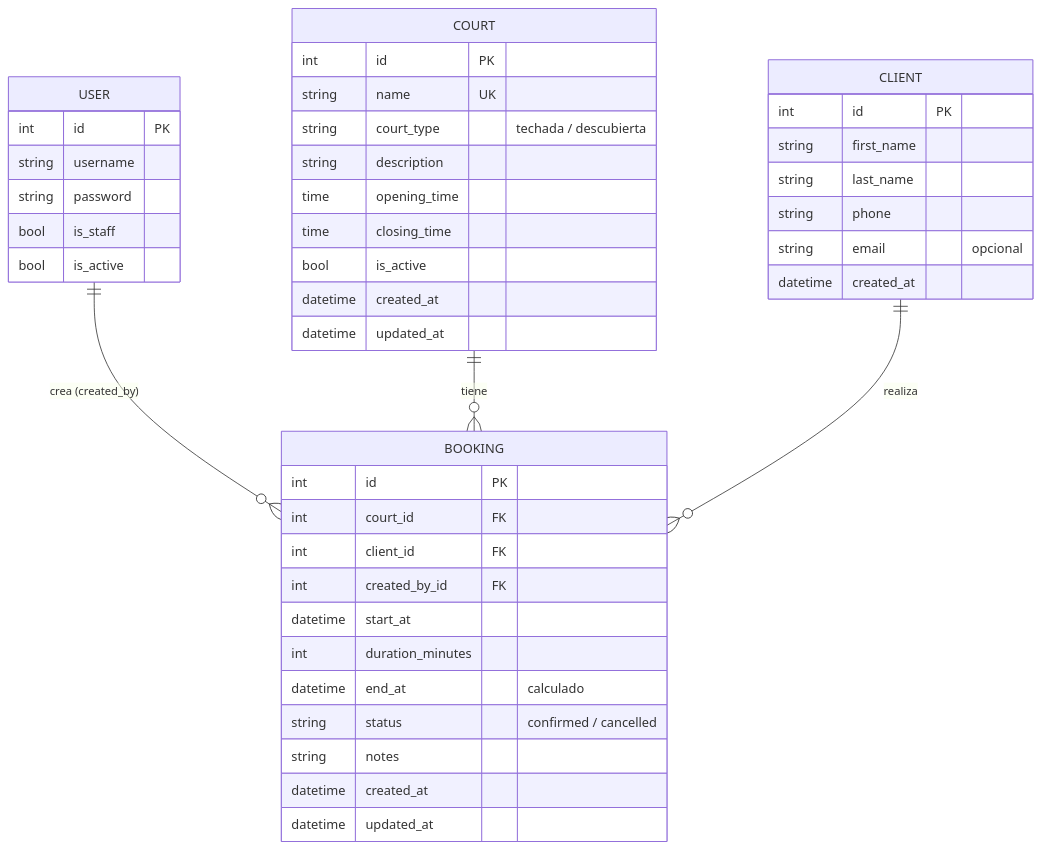
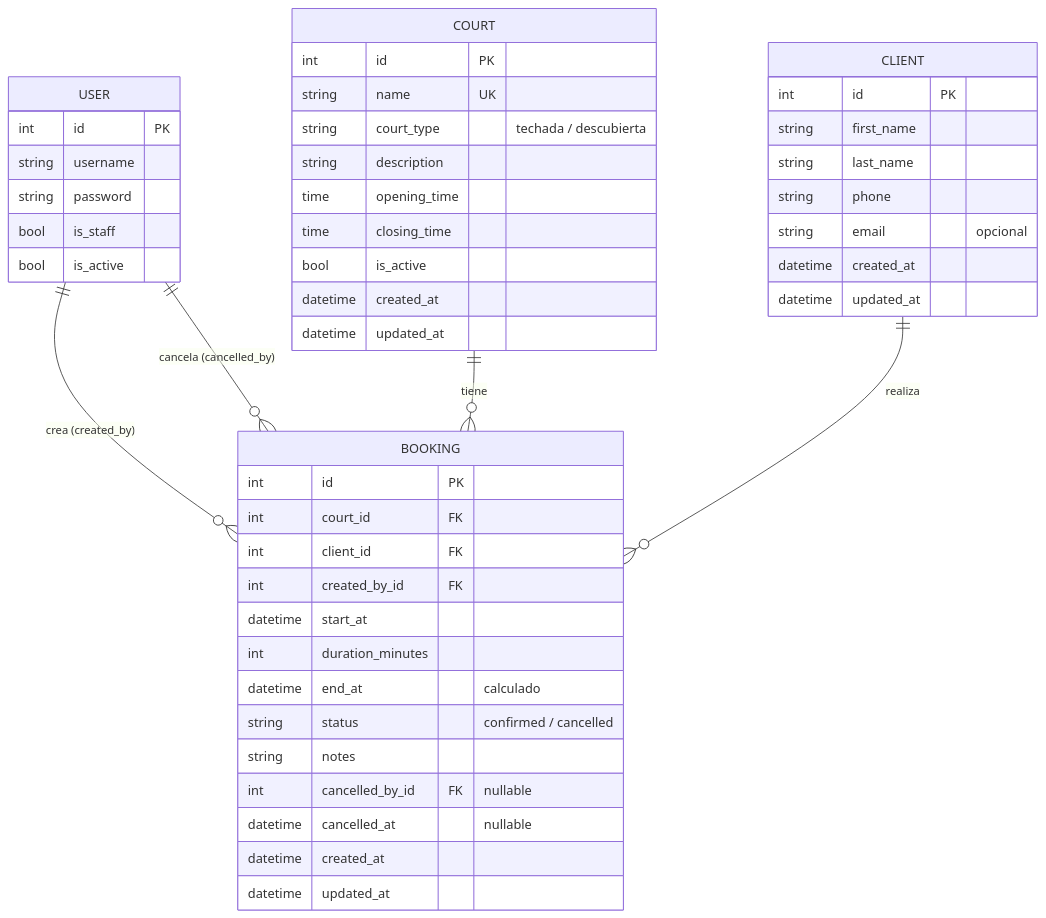
Before and after one commit to stefudemi/total-control: the diagram in docs/MODELO_DATOS.md, drawn with Mermaid. The commit also changed other lines of this file and 4 other files, not shown here.

````diff
--- a/docs/MODELO_DATOS.md
+++ b/docs/MODELO_DATOS.md
@@ -5,46 +5,50 @@
 ```mermaid
 erDiagram
     USER ||--o{ BOOKING : "crea (created_by)"
+    USER ||--o{ BOOKING : "cancela (cancelled_by)"
     COURT ||--o{ BOOKING : "tiene"
     CLIENT ||--o{ BOOKING : "realiza"
 
     USER {
         int id PK
         string username
         string password
         bool is_staff
         bool is_active
     }
     COURT {
         int id PK
         string name UK
         string court_type "techada / descubierta"
         string description
         time opening_time
         time closing_time
         bool is_active
         datetime created_at
         datetime updated_at
     }
     CLIENT {
         int id PK
         string first_name
         string last_name
         string phone
         string email "opcional"
         datetime created_at
+        datetime updated_at
     }
     BOOKING {
         int id PK
         int court_id FK
         int client_id FK
         int created_by_id FK
         datetime start_at
         int duration_minutes
         datetime end_at "calculado"
         string status "confirmed / cancelled"
         string notes
+        int cancelled_by_id FK "nullable"
+        datetime cancelled_at "nullable"
         datetime created_at
         datetime updated_at
     }
 ```
````
